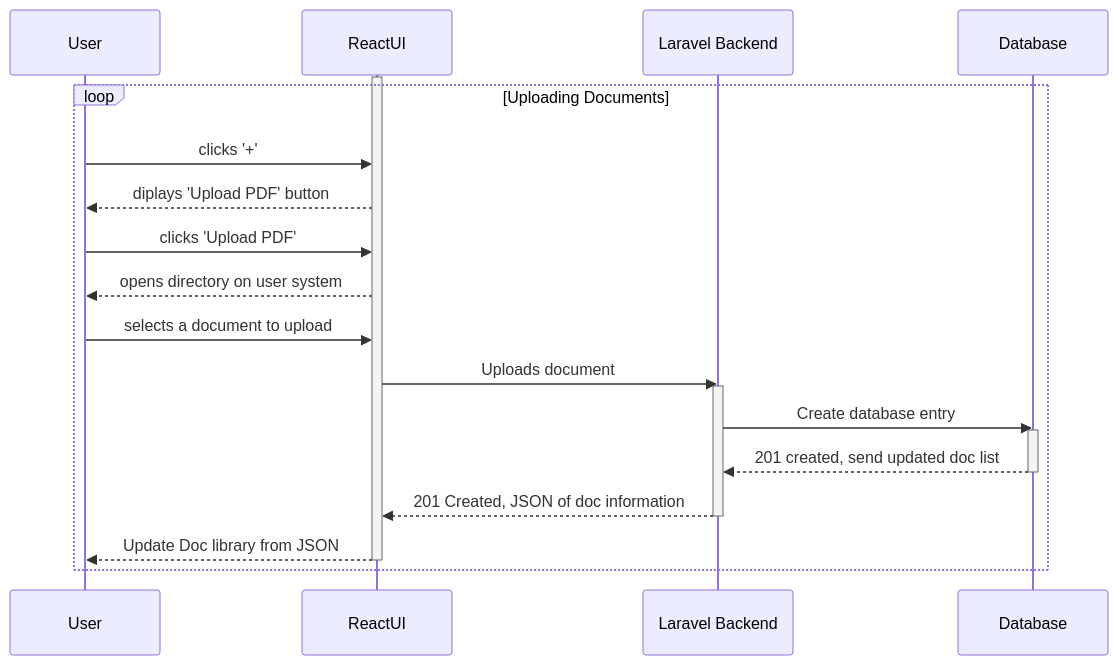
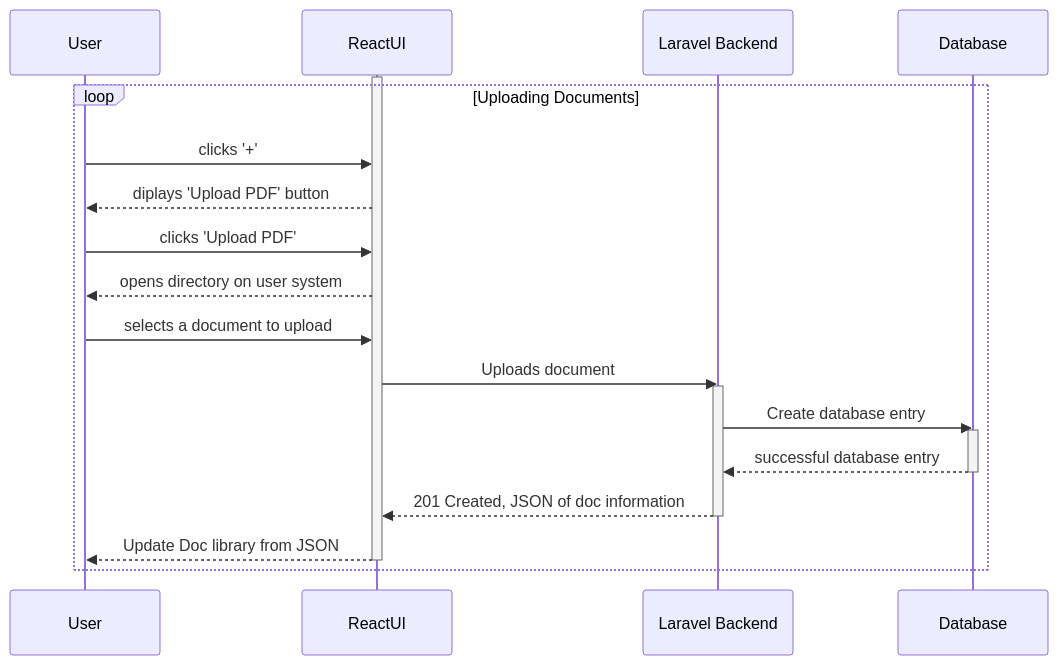
One commit to Capstone-Projects-2024-Spring/project-synesthesia-reading-app changed the second of 5 diagrams in documentation/docs/requirements/use-case-descriptions.md. Above: the diagram before and after it, drawn with Mermaid.

Commit message:
change request done

````diff
--- a/documentation/docs/requirements/use-case-descriptions.md
+++ b/documentation/docs/requirements/use-case-descriptions.md
@@ -69,26 +69,26 @@
 ```mermaid
 sequenceDiagram
    participant User
    participant ReactUI
    participant Laravel Backend
    participant Database
 
    activate ReactUI
    loop Uploading Documents
       User->>ReactUI: clicks '+'
       ReactUI-->>User: diplays 'Upload PDF' button
       User->>ReactUI: clicks 'Upload PDF'
       ReactUI-->>User: opens directory on user system
       User->>ReactUI: selects a document to upload
       ReactUI->>Laravel Backend: Uploads document
          activate Laravel Backend
          Laravel Backend->>Database: Create database entry
             activate Database
-            Database-->>Laravel Backend: 201 created, send updated doc list
+            Database-->>Laravel Backend: successful database entry
          deactivate Database
          Laravel Backend-->>ReactUI: 201 Created, JSON of doc information
       deactivate Laravel Backend
       ReactUI-->>User: Update Doc library from JSON 
    deactivate ReactUI
    end
 ```
````
